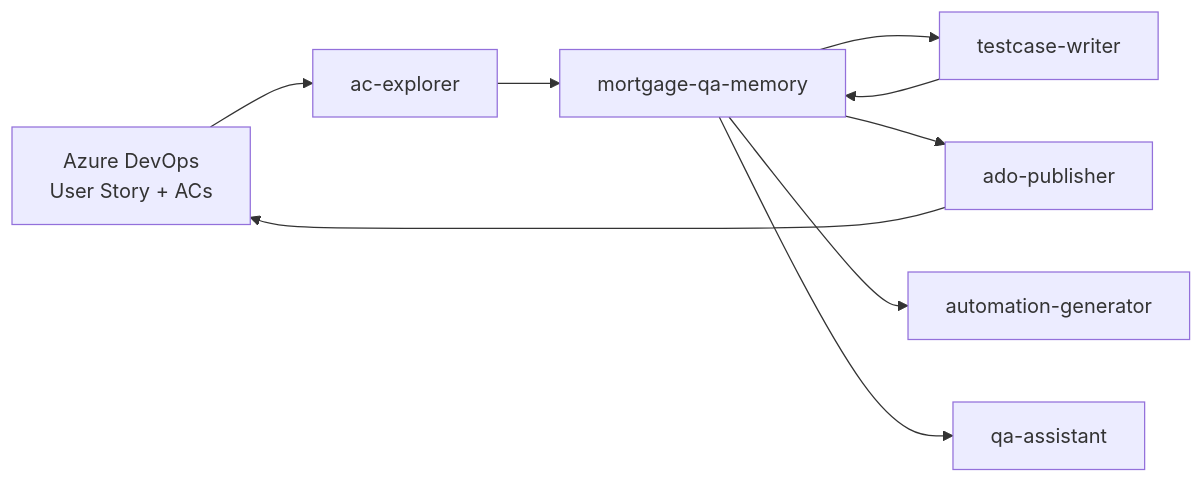
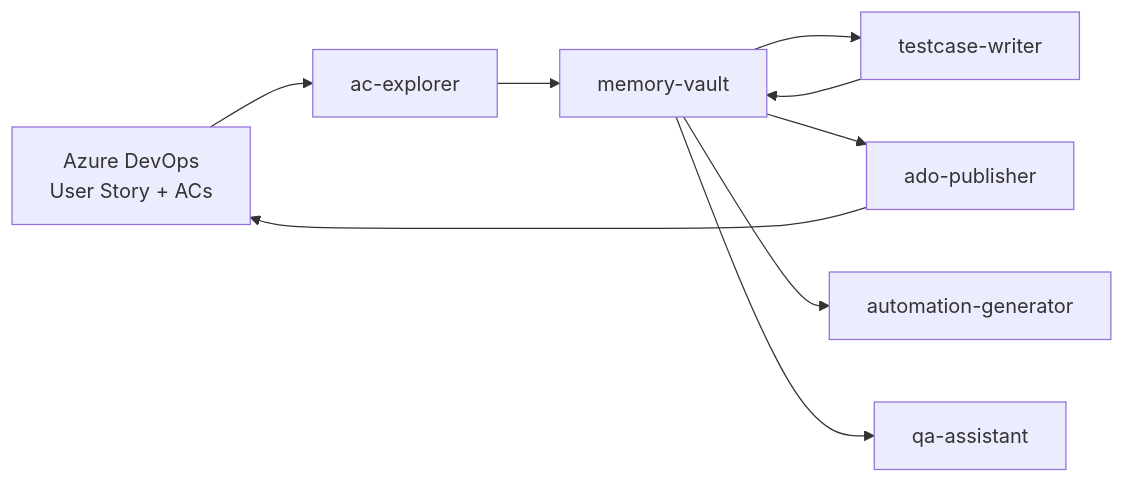
Before and after one commit to BraveToaster123/naf-memory-vault: the diagram in docs/archive/flow1-agents/README.md, drawn with Mermaid. The commit also changed other lines of this file and 49 other files, not shown here.

````diff
--- a/docs/archive/flow1-agents/README.md
+++ b/docs/archive/flow1-agents/README.md
@@ -15,19 +15,19 @@
 ```mermaid
 flowchart LR
   ADO["Azure DevOps\nUser Story + ACs"]
   Explorer["ac-explorer"]
-  Memory["mortgage-qa-memory"]
+  Memory["memory-vault"]
   Writer["testcase-writer"]
   Publisher["ado-publisher"]
   Generator["automation-generator"]
   Assistant["qa-assistant"]
 
   ADO --> Explorer
   Explorer --> Memory
   Memory --> Writer
   Writer --> Memory
   Memory --> Publisher
   Publisher --> ADO
   Memory --> Generator
   Memory --> Assistant
 ```
````
